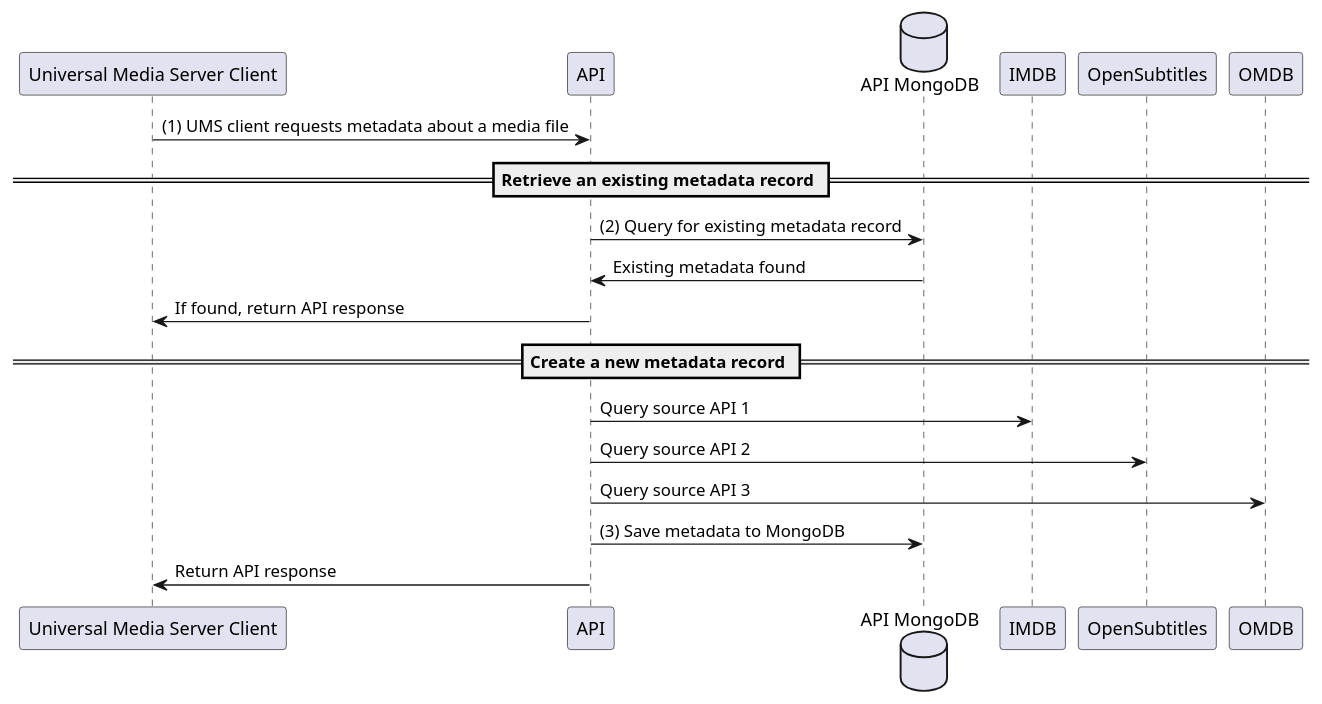
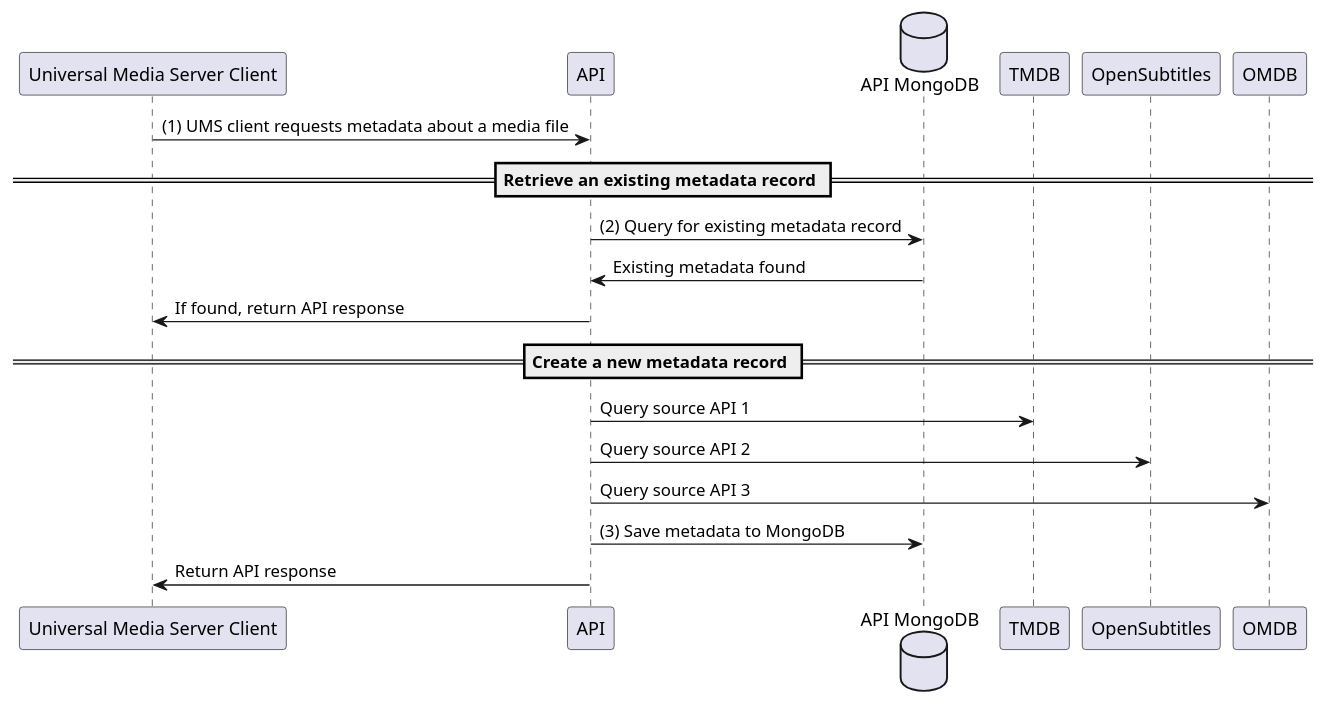
One commit to UniversalMediaServer/api changed the diagram in sequence.puml. Above: the diagram before and after it, drawn with PlantUML.

```diff
--- a/sequence.puml
+++ b/sequence.puml
@@ -1,24 +1,24 @@
 @startuml
 participant "Universal Media Server Client"
 participant "API"
 database "API MongoDB"
 
 "Universal Media Server Client" -> API: (1) UMS client requests metadata about a media file
 
 == Retrieve an existing metadata record ==
 
 API -> "API MongoDB": (2) Query for existing metadata record
 "API MongoDB" -> API: Existing metadata found
 API -> "Universal Media Server Client": If found, return API response
 
 == Create a new metadata record ==
 
-API -> IMDB : Query source API 1
+API -> TMDB : Query source API 1
 API -> OpenSubtitles : Query source API 2
 API -> OMDB : Query source API 3
 
 API -> "API MongoDB": (3) Save metadata to MongoDB
 
 API -> "Universal Media Server Client": Return API response
 
 @enduml
```
